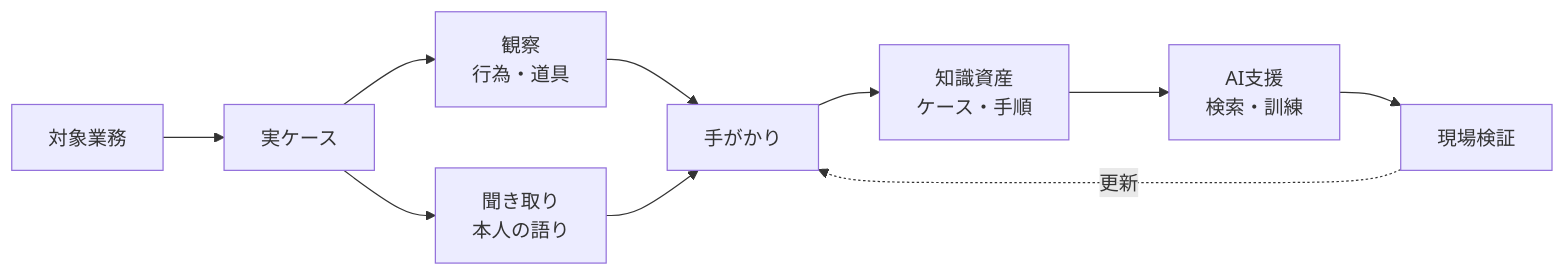
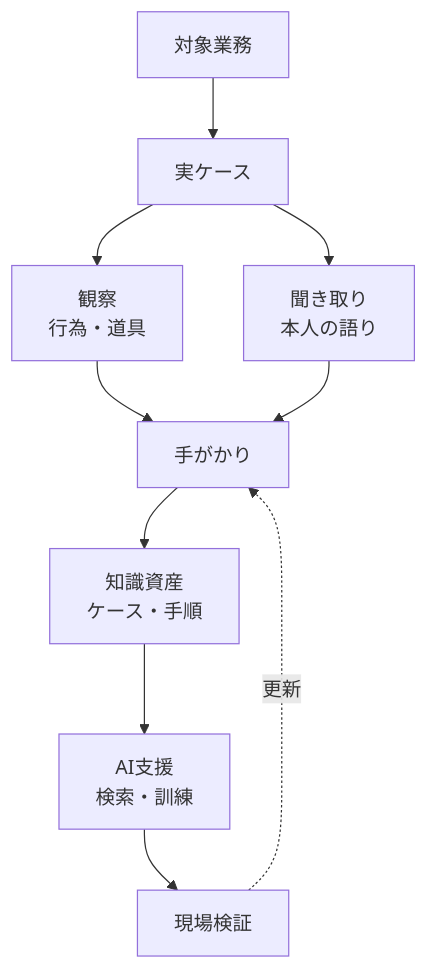
Before and after one commit to daylight55/research: the third of 3 diagrams in category/knowledge-systems/tacit-knowledge-business-theory/report.md, drawn with Mermaid. The commit also changed other lines of this file and 2 other files, not shown here.

Commit message:
Mermaid図を縦向き表示に調整

````diff
--- a/category/knowledge-systems/tacit-knowledge-business-theory/report.md
+++ b/category/knowledge-systems/tacit-knowledge-business-theory/report.md
@@ -167,12 +167,12 @@
 ```mermaid
-flowchart LR
+flowchart TD
   P["対象業務"] --> C["実ケース"]
   C --> O["観察<br/>行為・道具"]
   C --> I["聞き取り<br/>本人の語り"]
   O --> A["手がかり"]
   I --> A
   A --> K["知識資産<br/>ケース・手順"]
   K --> AI["AI支援<br/>検索・訓練"]
   AI --> V["現場検証"]
   V -. 更新 .-> A
 ```
````
